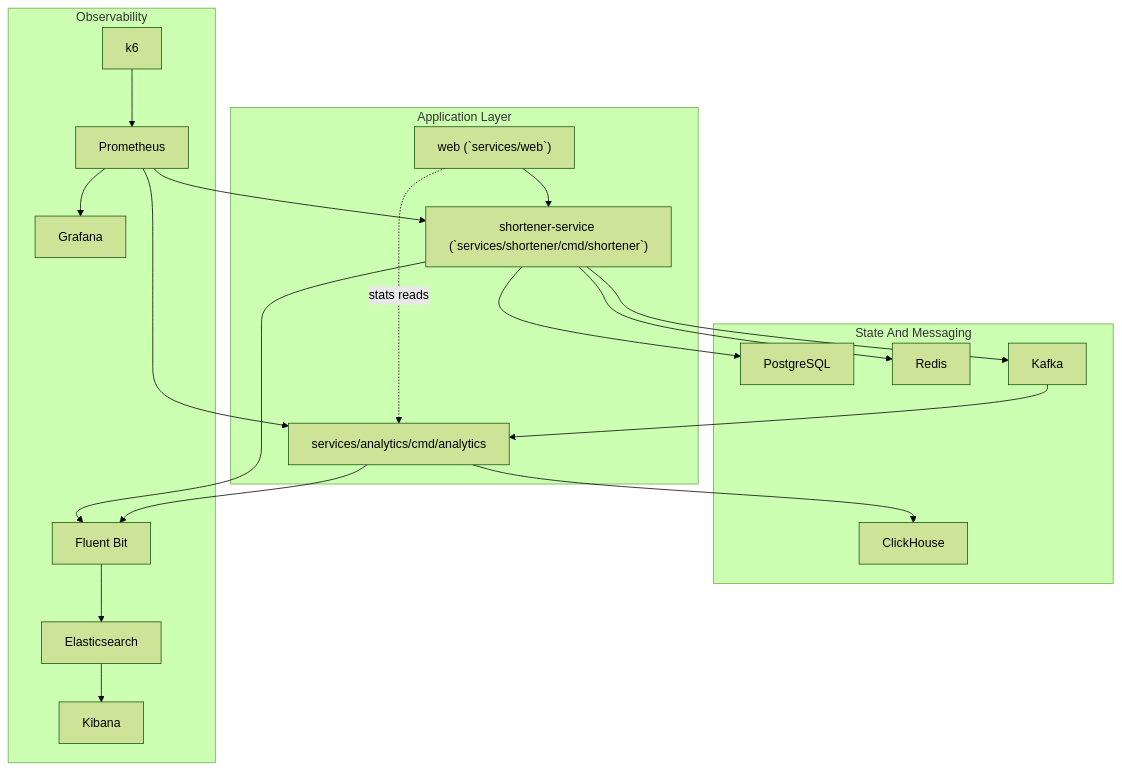
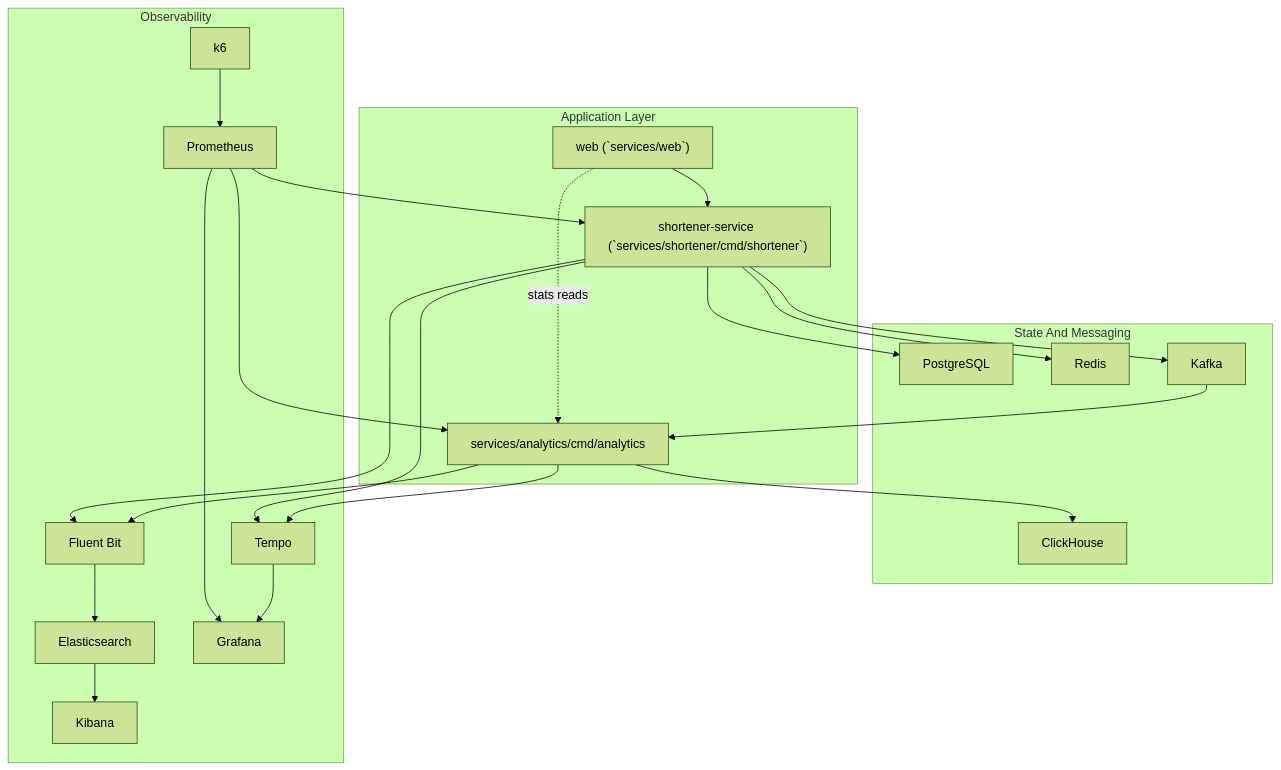
Before and after one commit to fev0ks/sandbox_url_shortener: the third of 7 diagrams in docs/system_design.md, drawn with Mermaid (forest theme). The commit also changed other lines of this file and 12 other files, not shown here.

````diff
--- a/docs/system_design.md
+++ b/docs/system_design.md
@@ -158,42 +167,46 @@
 ```mermaid
 flowchart TB
     subgraph app["Application Layer"]
         shortener["shortener-service (`services/shortener/cmd/shortener`)"]
         web["web (`services/web`)"]
         analytics["services/analytics/cmd/analytics"]
     end
 
     subgraph state["State And Messaging"]
         pg["PostgreSQL"]
         redis["Redis"]
         kafka["Kafka"]
         ch["ClickHouse"]
     end
 
     subgraph obs["Observability"]
         k6["k6"]
         shipper["Fluent Bit"]
         es["Elasticsearch"]
         kibana["Kibana"]
         prom["Prometheus"]
         grafana["Grafana"]
+        tempo["Tempo"]
     end
 
     web --> shortener
     shortener --> pg
     shortener --> redis
     shortener --> kafka
     web -.->|stats reads| analytics
     kafka --> analytics
     analytics --> ch
 
     prom --> shortener
     prom --> analytics
+    shortener --> tempo
+    analytics --> tempo
     k6 --> prom
     prom --> grafana
+    tempo --> grafana
 
     shortener --> shipper
     analytics --> shipper
     shipper --> es
     es --> kibana
 ```
````
